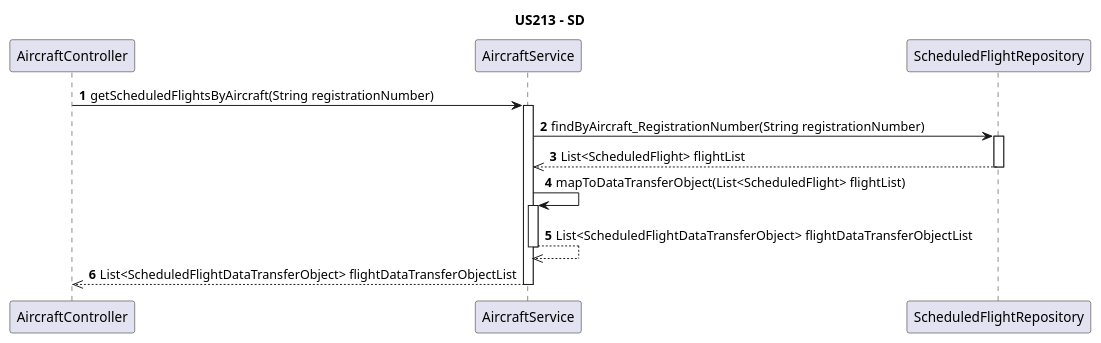
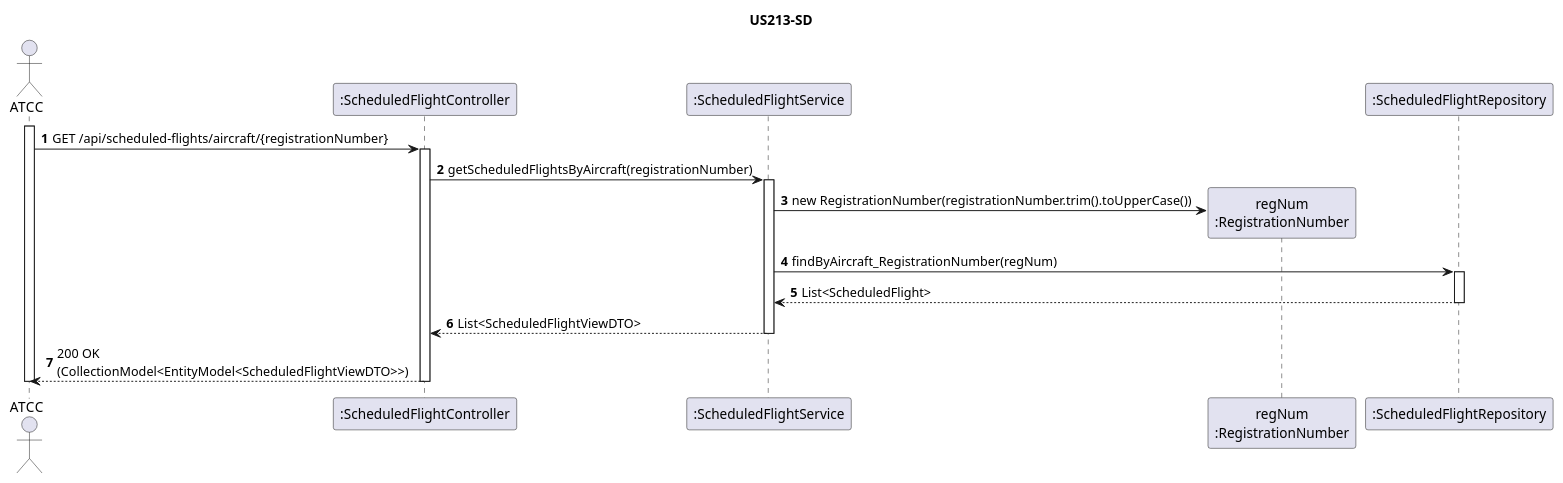
One commit to anamartasilvaa/PSOFT_AISafe_Flight changed the diagram in docs/WP#3B - Enhanced Route Management/US213/US213-SD.puml. Above: the diagram before and after it, drawn with PlantUML. The commit also changed 18 other files, not shown here.

Commit message:
diagramas de WP#3B

```diff
--- a/docs/WP#3B - Enhanced Route Management/US213/US213-SD.puml
+++ b/docs/WP#3B - Enhanced Route Management/US213/US213-SD.puml
@@ -1,23 +1,30 @@
 @startuml
-title US213 - SD
+title US213-SD
 autonumber
-participant "AircraftController" as AircraftController
-participant "AircraftService" as AircraftService
-participant "ScheduledFlightRepository" as ScheduledFlightRepository
+actor "ATCC" as Operator
+participant ":ScheduledFlightController" as Ctrl
+participant ":ScheduledFlightService" as Service
+participant "regNum\n:RegistrationNumber" as RegNum
+participant ":ScheduledFlightRepository" as Repo
 
-AircraftController -> AircraftService : getScheduledFlightsByAircraft(String registrationNumber)
-activate AircraftService
+activate Operator
+Operator -> Ctrl : GET /api/scheduled-flights/aircraft/{registrationNumber}
+activate Ctrl
 
-AircraftService -> ScheduledFlightRepository : findByAircraft_RegistrationNumber(String registrationNumber)
-activate ScheduledFlightRepository
-ScheduledFlightRepository -->> AircraftService : List<ScheduledFlight> flightList
-deactivate ScheduledFlightRepository
+Ctrl -> Service : getScheduledFlightsByAircraft(registrationNumber)
+activate Service
 
-AircraftService -> AircraftService : mapToDataTransferObject(List<ScheduledFlight> flightList)
-activate AircraftService
-AircraftService -->> AircraftService : List<ScheduledFlightDataTransferObject> flightDataTransferObjectList
-deactivate AircraftService
+Service -> RegNum ** : new RegistrationNumber(registrationNumber.trim().toUpperCase())
 
-AircraftService -->> AircraftController : List<ScheduledFlightDataTransferObject> flightDataTransferObjectList
-deactivate AircraftService
+Service -> Repo : findByAircraft_RegistrationNumber(regNum)
+activate Repo
+Repo --> Service : List<ScheduledFlight>
+deactivate Repo
+
+Service --> Ctrl : List<ScheduledFlightViewDTO>
+deactivate Service
+
+Ctrl --> Operator : 200 OK\n(CollectionModel<EntityModel<ScheduledFlightViewDTO>>)
+deactivate Ctrl
+deactivate Operator
 @enduml
```
